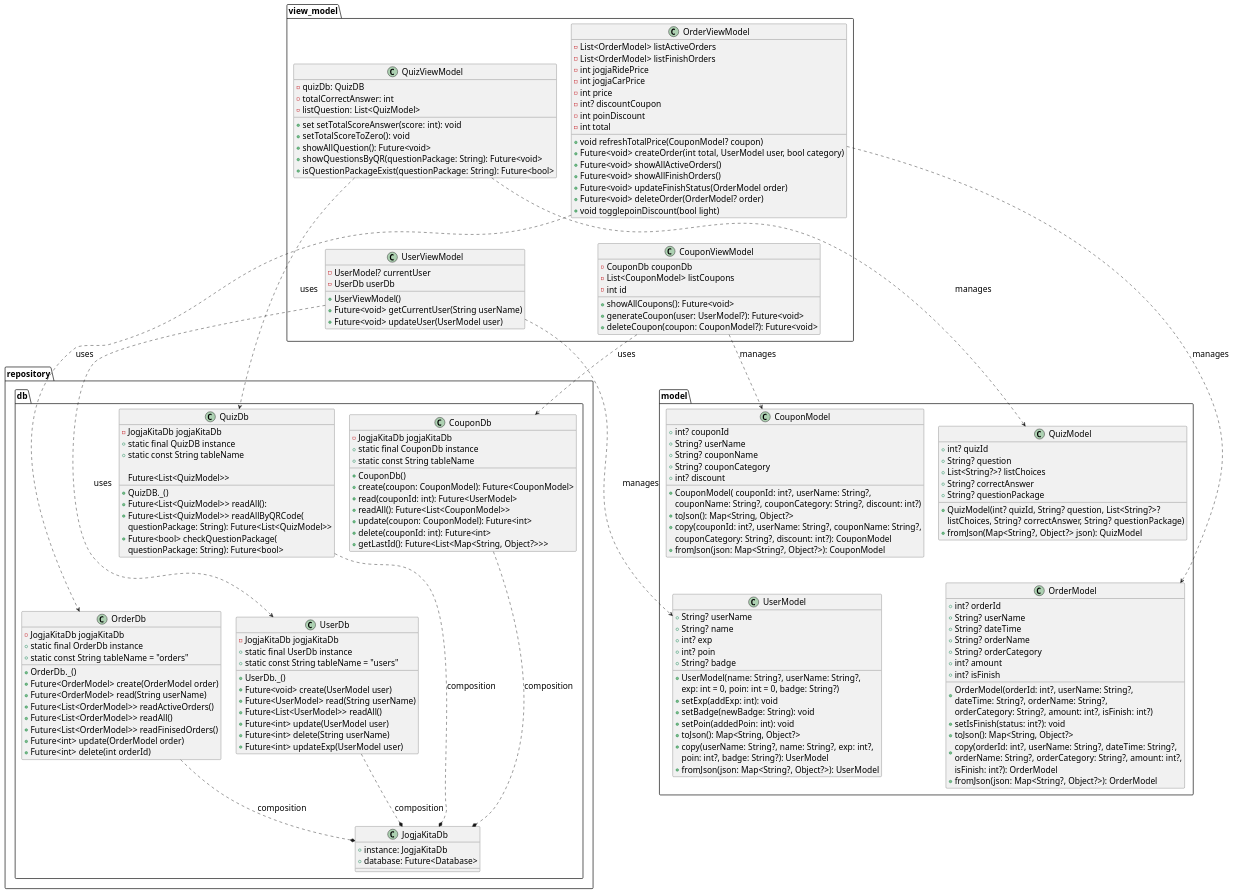
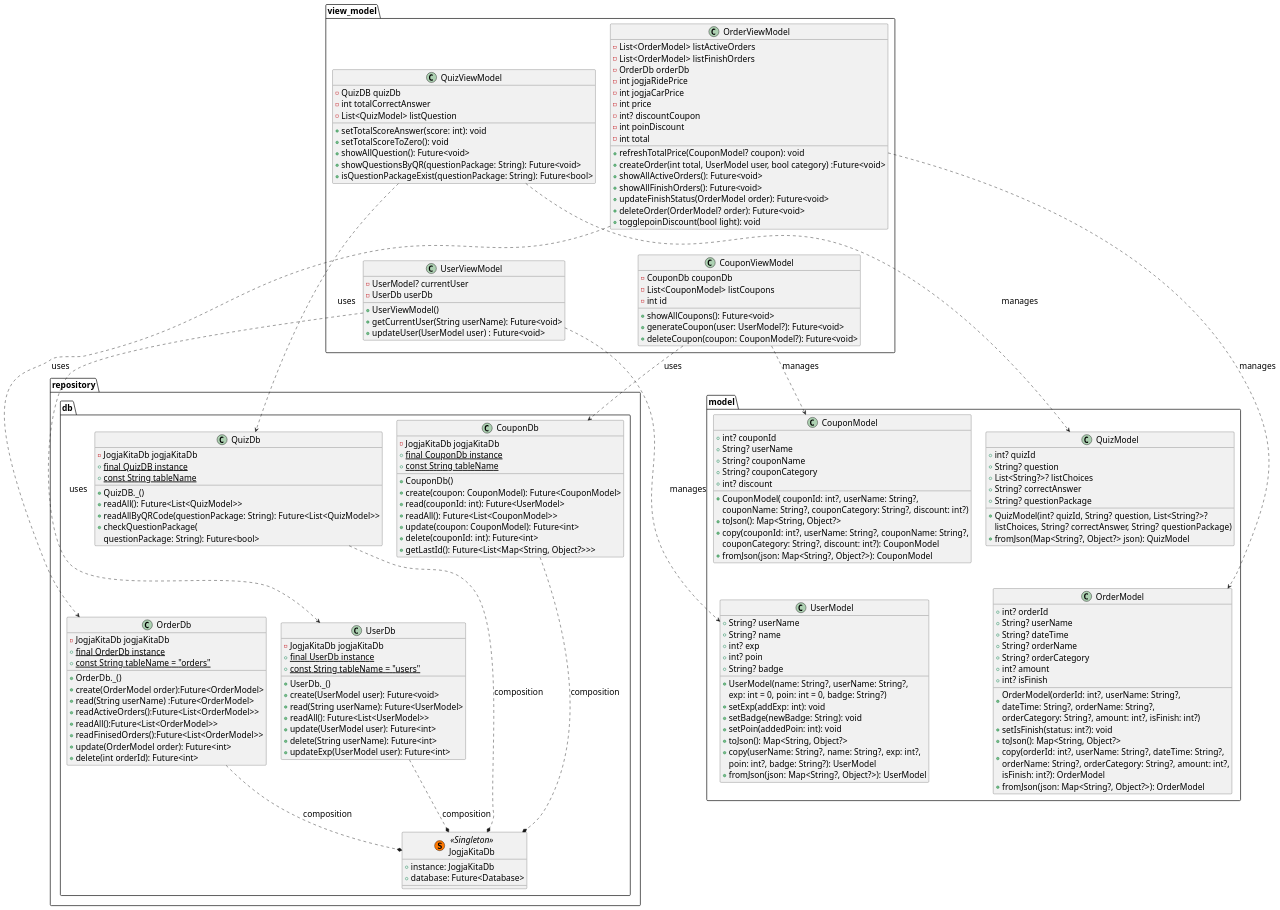
One commit to mariopandapotansimarmata/jogja_kita_gamification changed the diagram in classDiagram.plantuml. Above: the diagram before and after it, drawn with PlantUML. The commit also changed 3 other files, not shown here.

Commit message:
fix class diagram

```diff
--- a/classDiagram.plantuml
+++ b/classDiagram.plantuml
@@ -3,57 +3,55 @@
 
 
 package "repository.db" {
-    class JogjaKitaDb {
+    class JogjaKitaDb <<(S,#FF7700)Singleton>> {
         +instance: JogjaKitaDb
         +database: Future<Database>
     }
 
     class UserDb {
         -JogjaKitaDb jogjaKitaDb
-        +static final UserDb instance
-        +static const String tableName = "users"
+        +{static} final UserDb instance
+        +{static} const String tableName = "users"
 
         +UserDb._()
-        +Future<void> create(UserModel user)
-        +Future<UserModel> read(String userName)
-        +Future<List<UserModel>> readAll()
-        +Future<int> update(UserModel user)
-        +Future<int> delete(String userName)
-        +Future<int> updateExp(UserModel user)
+        +create(UserModel user): Future<void> 
+        +read(String userName): Future<UserModel> 
+        +readAll(): Future<List<UserModel>>
+        +update(UserModel user): Future<int>
+        +delete(String userName): Future<int>
+        +updateExp(UserModel user): Future<int> 
     }
     
      class OrderDb {
         -JogjaKitaDb jogjaKitaDb
-        +static final OrderDb instance
-        +static const String tableName = "orders"
+        +{static} final OrderDb instance
+        +{static} const String tableName = "orders"
 
         +OrderDb._()
-        +Future<OrderModel> create(OrderModel order)
-        +Future<OrderModel> read(String userName)
-        +Future<List<OrderModel>> readActiveOrders()
-        +Future<List<OrderModel>> readAll()
-        +Future<List<OrderModel>> readFinisedOrders()
-        +Future<int> update(OrderModel order)
-        +Future<int> delete(int orderId)
+        +create(OrderModel order):Future<OrderModel> 
+        +read(String userName) :Future<OrderModel> 
+        +readActiveOrders():Future<List<OrderModel>> 
+        +readAll():Future<List<OrderModel>>
+        +readFinisedOrders():Future<List<OrderModel>>
+        +update(OrderModel order): Future<int> 
+        +delete(int orderId): Future<int> 
     }
     class QuizDb {
         -JogjaKitaDb jogjaKitaDb
-        +static final QuizDB instance
-        +static const String tableName
+        +{static} final QuizDB instance
+        +{static} const String tableName
 
         +QuizDB._()
-        +Future<List<QuizModel>> readAll(): 
-        Future<List<QuizModel>>
-        +Future<List<QuizModel>> readAllByQRCode(
-        questionPackage: String): Future<List<QuizModel>>
-        +Future<bool> checkQuestionPackage(
+        +readAll(): Future<List<QuizModel>>
+        +readAllByQRCode(questionPackage: String): Future<List<QuizModel>>
+        +checkQuestionPackage(
         questionPackage: String): Future<bool>
     }
 
  class CouponDb {
         -JogjaKitaDb jogjaKitaDb
-        +static final CouponDb instance
-        +static const String tableName
+        +{static} final CouponDb instance
+        +{static} const String tableName
 
         +CouponDb()
         +create(coupon: CouponModel): Future<CouponModel>
@@ -141,13 +139,14 @@
         -UserDb userDb
 
         +UserViewModel()
-        +Future<void> getCurrentUser(String userName)
-        +Future<void> updateUser(UserModel user)
+        +getCurrentUser(String userName): Future<void> 
+        +updateUser(UserModel user) : Future<void> 
     }
 
     class OrderViewModel {
         -List<OrderModel> listActiveOrders
         -List<OrderModel> listFinishOrders
+         -OrderDb orderDb
         -int jogjaRidePrice
         -int jogjaCarPrice
         -int price
@@ -155,13 +154,13 @@
         -int poinDiscount
         -int total
 
-        +void refreshTotalPrice(CouponModel? coupon)
-        +Future<void> createOrder(int total, UserModel user, bool category)
-        +Future<void> showAllActiveOrders()
-        +Future<void> showAllFinishOrders()
-        +Future<void> updateFinishStatus(OrderModel order)
-        +Future<void> deleteOrder(OrderModel? order)
-        +void togglepoinDiscount(bool light)
+        +refreshTotalPrice(CouponModel? coupon): void 
+        +createOrder(int total, UserModel user, bool category) :Future<void> 
+        +showAllActiveOrders(): Future<void> 
+        +showAllFinishOrders(): Future<void>
+        +updateFinishStatus(OrderModel order): Future<void>
+        +deleteOrder(OrderModel? order): Future<void>
+        +togglepoinDiscount(bool light): void
     }
 
      class CouponViewModel {
@@ -174,11 +173,11 @@
         +deleteCoupon(coupon: CouponModel?): Future<void>
     }
      class QuizViewModel {
-        -quizDb: QuizDB
-        -totalCorrectAnswer: int
-        -listQuestion: List<QuizModel>
+        - QuizDB quizDb
+        - int totalCorrectAnswer
+        - List<QuizModel> listQuestion
 
-        +set setTotalScoreAnswer(score: int): void
+        +setTotalScoreAnswer(score: int): void
         +setTotalScoreToZero(): void
         +showAllQuestion(): Future<void>
         +showQuestionsByQR(questionPackage: String): Future<void>
```
